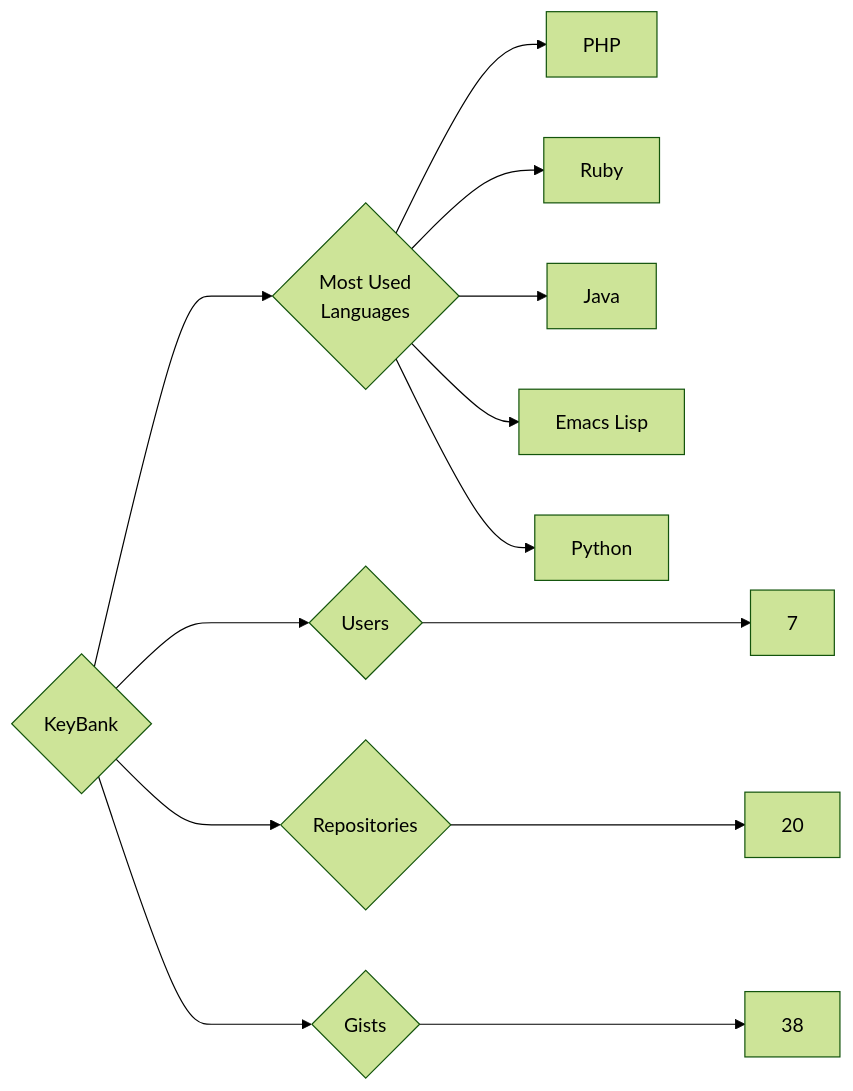
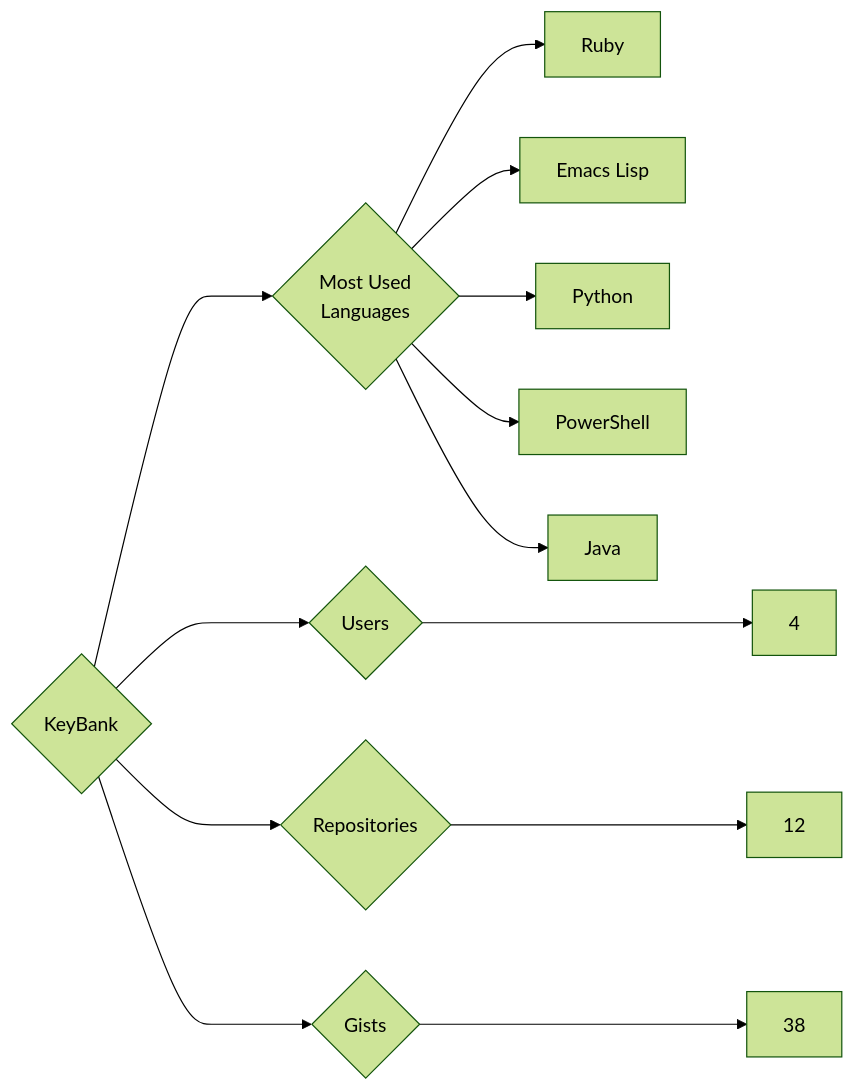
One commit to trickest/insiders changed the diagram in targets/KeyBank/README.md. Above: the diagram before and after it, drawn with Mermaid (forest theme). The commit also changed 1238 other files, not shown here.

````diff
--- a/targets/KeyBank/README.md
+++ b/targets/KeyBank/README.md
@@ -3,13 +3,13 @@
 ```mermaid
 graph LR
 COMPANY_NAME{KeyBank}
-COMPANY_NAME ---> U{Users} ---> UN[7]
-COMPANY_NAME ---> R{Repositories} ---> RN[20]
+COMPANY_NAME ---> U{Users} ---> UN[4]
+COMPANY_NAME ---> R{Repositories} ---> RN[12]
 COMPANY_NAME ---> G{Gists} ---> GN[38]
 COMPANY_NAME ---> ML{Most Used<br>Languages}
-ML --> PHP[PHP]
 ML --> Ruby[Ruby]
-ML --> Java[Java]
 ML --> Emacs_Lisp[Emacs Lisp]
 ML --> Python[Python]
+ML --> PowerShell[PowerShell]
+ML --> Java[Java]
 ```
````
